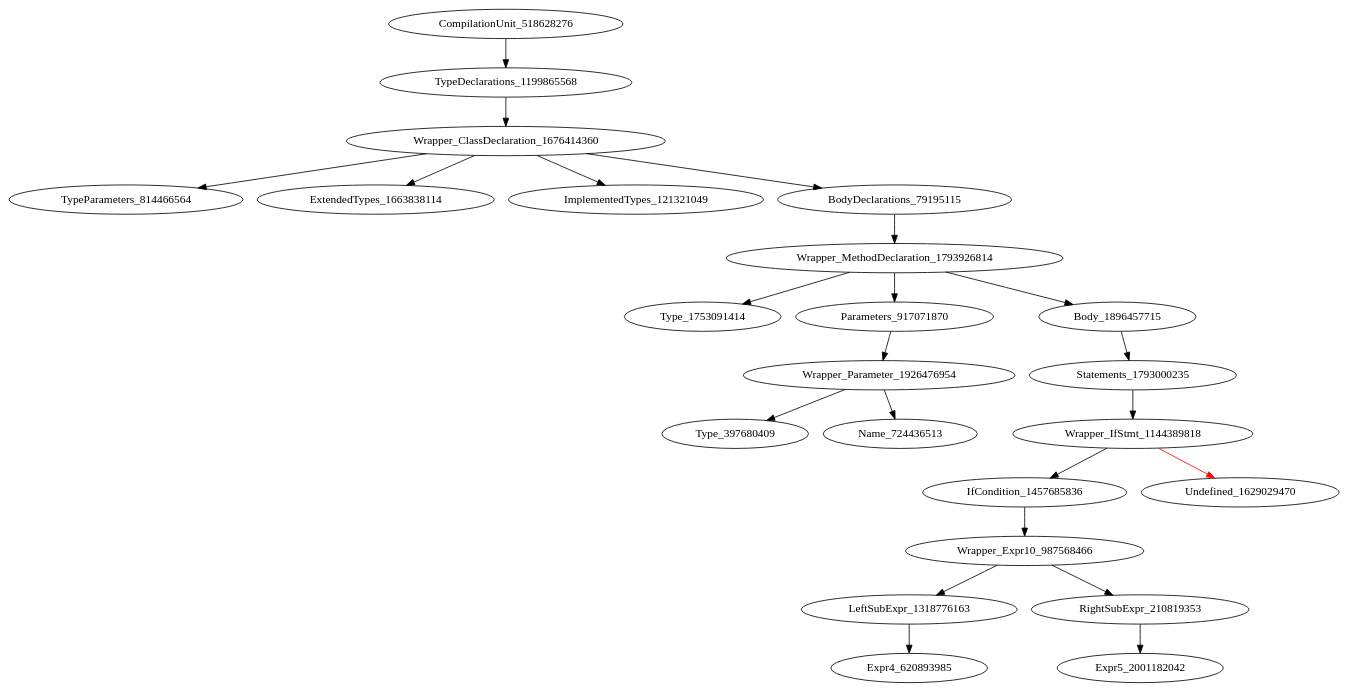
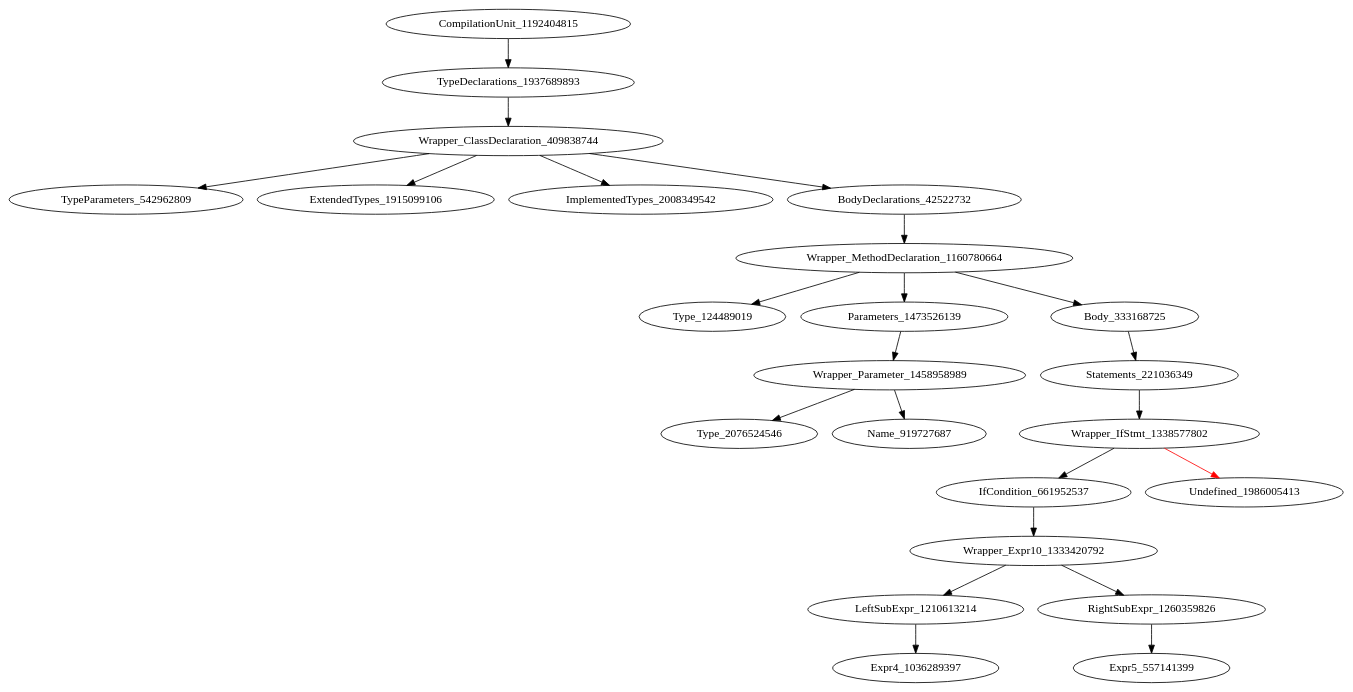
One commit to icse2023material/VoiceJava changed the diagram in holeAST.dot. Above: the diagram before and after it, drawn with Graphviz. The commit also changed 12 other files, not shown here.

Commit message:
[add] instance of语法,支持InstanceOfExpr 举例: obj instance of InvokerCluster => obj instance of, type invoker cluster

```diff
--- a/holeAST.dot
+++ b/holeAST.dot
@@ -1,24 +1,24 @@
 digraph {
-CompilationUnit_518628276 -> TypeDeclarations_1199865568
-TypeDeclarations_1199865568 -> Wrapper_ClassDeclaration_1676414360
-Wrapper_ClassDeclaration_1676414360 -> TypeParameters_814466564
-Wrapper_ClassDeclaration_1676414360 -> ExtendedTypes_1663838114
-Wrapper_ClassDeclaration_1676414360 -> ImplementedTypes_121321049
-Wrapper_ClassDeclaration_1676414360 -> BodyDeclarations_79195115
-BodyDeclarations_79195115 -> Wrapper_MethodDeclaration_1793926814
-Wrapper_MethodDeclaration_1793926814 -> Type_1753091414
-Wrapper_MethodDeclaration_1793926814 -> Parameters_917071870
-Wrapper_MethodDeclaration_1793926814 -> Body_1896457715
-Parameters_917071870 -> Wrapper_Parameter_1926476954
-Body_1896457715 -> Statements_1793000235
-Wrapper_Parameter_1926476954 -> Type_397680409
-Wrapper_Parameter_1926476954 -> Name_724436513
-Statements_1793000235 -> Wrapper_IfStmt_1144389818
-Wrapper_IfStmt_1144389818 -> IfCondition_1457685836
-Wrapper_IfStmt_1144389818 -> Undefined_1629029470 [color = red] 
-IfCondition_1457685836 -> Wrapper_Expr10_987568466
-Wrapper_Expr10_987568466 -> LeftSubExpr_1318776163
-Wrapper_Expr10_987568466 -> RightSubExpr_210819353
-LeftSubExpr_1318776163 -> Expr4_620893985
-RightSubExpr_210819353 -> Expr5_2001182042
+CompilationUnit_1192404815 -> TypeDeclarations_1937689893
+TypeDeclarations_1937689893 -> Wrapper_ClassDeclaration_409838744
+Wrapper_ClassDeclaration_409838744 -> TypeParameters_542962809
+Wrapper_ClassDeclaration_409838744 -> ExtendedTypes_1915099106
+Wrapper_ClassDeclaration_409838744 -> ImplementedTypes_2008349542
+Wrapper_ClassDeclaration_409838744 -> BodyDeclarations_42522732
+BodyDeclarations_42522732 -> Wrapper_MethodDeclaration_1160780664
+Wrapper_MethodDeclaration_1160780664 -> Type_124489019
+Wrapper_MethodDeclaration_1160780664 -> Parameters_1473526139
+Wrapper_MethodDeclaration_1160780664 -> Body_333168725
+Parameters_1473526139 -> Wrapper_Parameter_1458958989
+Body_333168725 -> Statements_221036349
+Wrapper_Parameter_1458958989 -> Type_2076524546
+Wrapper_Parameter_1458958989 -> Name_919727687
+Statements_221036349 -> Wrapper_IfStmt_1338577802
+Wrapper_IfStmt_1338577802 -> IfCondition_661952537
+Wrapper_IfStmt_1338577802 -> Undefined_1986005413 [color = red] 
+IfCondition_661952537 -> Wrapper_Expr10_1333420792
+Wrapper_Expr10_1333420792 -> LeftSubExpr_1210613214
+Wrapper_Expr10_1333420792 -> RightSubExpr_1260359826
+LeftSubExpr_1210613214 -> Expr4_1036289397
+RightSubExpr_1260359826 -> Expr5_557141399
 }
```
